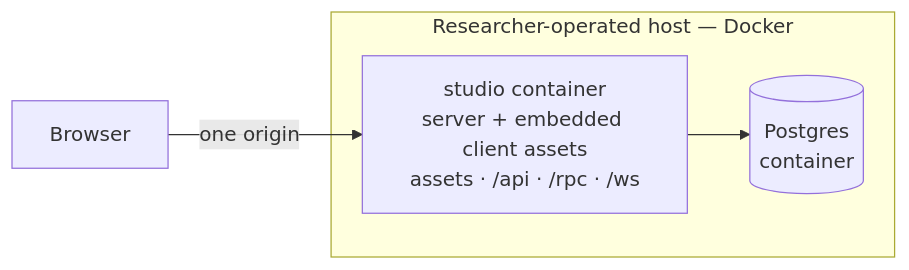
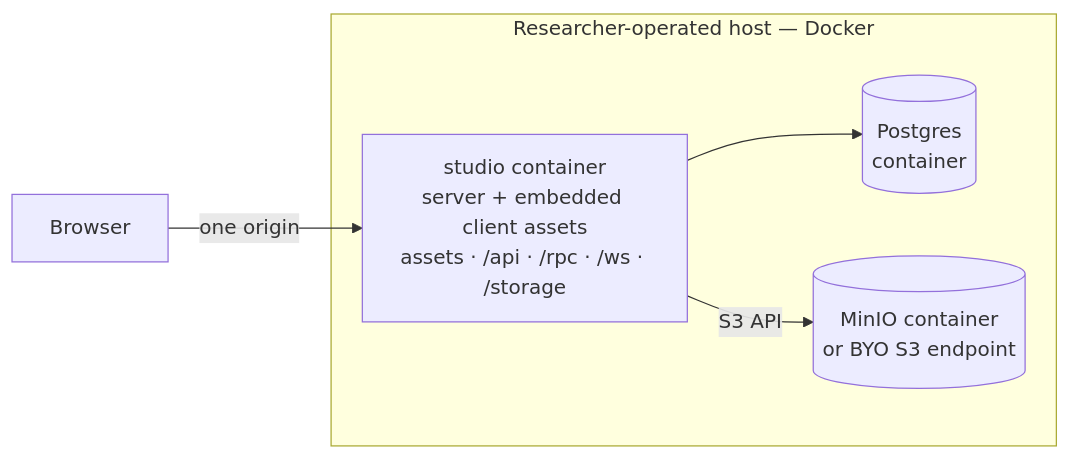
One commit to complexdatacollective/network-canvas-monorepo changed the second of 2 diagrams in apps/studio/README.md. Above: the diagram before and after it, drawn with Mermaid. The commit also changed other lines of this file and 9 other files, not shown here.

First line of the commit message:
feat(studio): add the asset-storage walking skeleton (#1278)

````diff
--- a/apps/studio/README.md
+++ b/apps/studio/README.md
@@ -118,12 +136,14 @@
 ```mermaid
 graph LR
     B[Browser]
 
     subgraph H[Researcher-operated host — Docker]
-        C[studio container<br/>server + embedded client assets<br/>assets · /api · /rpc · /ws]
+        C[studio container<br/>server + embedded client assets<br/>assets · /api · /rpc · /ws · /storage]
         PG[(Postgres<br/>container)]
+        M[(MinIO container<br/>or BYO S3 endpoint)]
     end
 
     B -->|one origin| C
     C --> PG
+    C -->|S3 API| M
 ```
````
